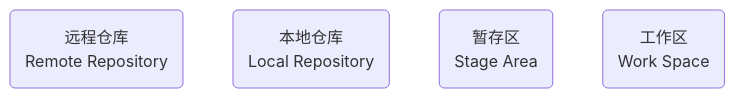
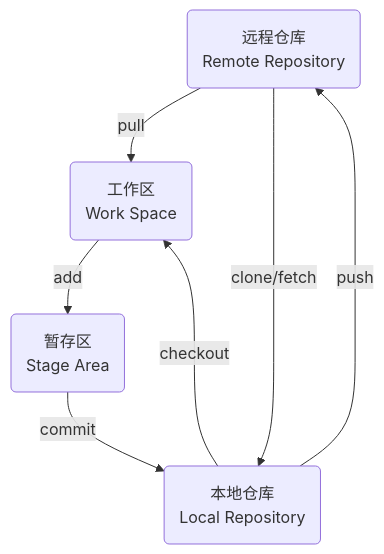
Before and after one commit to dmjcb/dmjcb.github.io: the first of 4 diagrams in _posts/Tool/CICD/Git/2024-09-24-Git命令.md, drawn with Mermaid. The commit also changed other lines of this file and 122 other files, not shown here.

Commit message:
修复图形显示BUG

````diff
--- a/_posts/Tool/CICD/Git/2024-09-24-Git命令.md
+++ b/_posts/Tool/CICD/Git/2024-09-24-Git命令.md
@@ -11,9 +11,15 @@
 ```mermaid
 graph TB;
     R(远程仓库<br>Remote Repository)
     L(本地仓库<br>Local Repository)
     S(暂存区<br>Stage Area)
     W(工作区<br>Work Space)
 
+    W -- add --> S
+    S -- commit --> L
+    L -- push --> R
 
+    R -- pull --> W
+    R -- clone/fetch --> L
+    L -- checkout --> W
 ```
````
